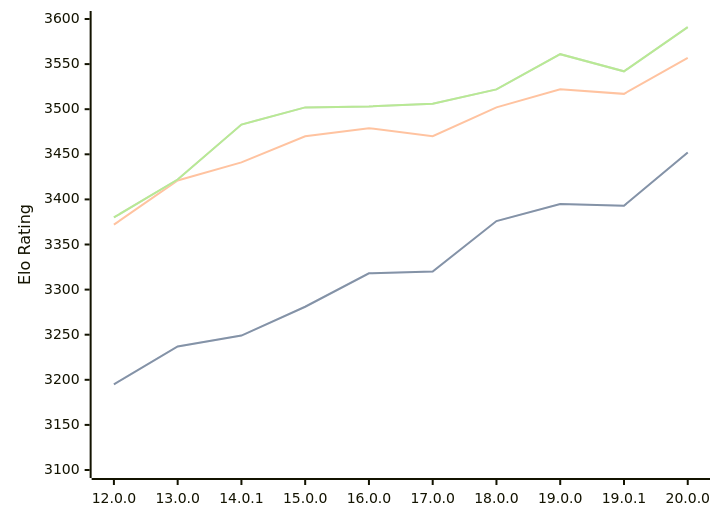
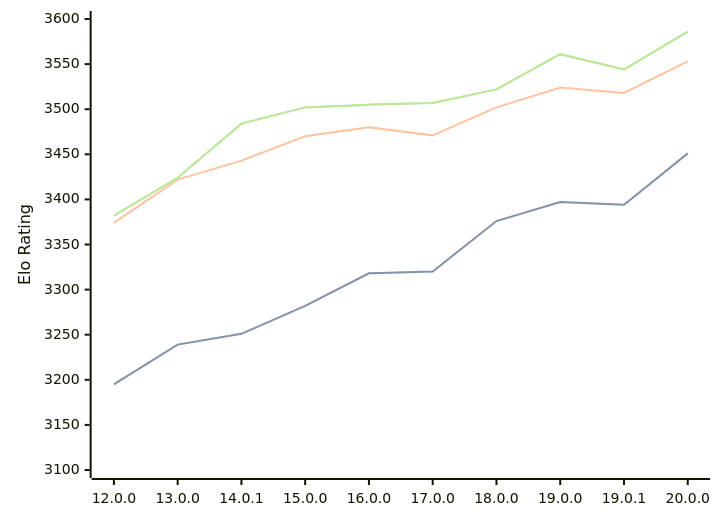
Before and after one commit to computer-chess-index/cci: the third of 3 diagrams in engines/Viridithas.md, drawn with Mermaid. The commit also changed other lines of this file, not shown here.

Commit message:
Update CCI Ratings (ELO VLTC) - 2026-07-12

````diff
--- a/engines/Viridithas.md
+++ b/engines/Viridithas.md
@@ -97,11 +97,11 @@
 ```mermaid
 %%{init: {"theme":"base","themeVariables":{"seriesColors:['#a3a3a3','#222221','#faa371']}}}%%
 xychart-beta
   x-axis ["12.0.0", "13.0.0", "14.0.1", "15.0.0", "16.0.0", "17.0.0", "18.0.0", "19.0.0", "19.0.1", "20.0.0"]
   y-axis "Elo Rating" 3100 --> 3600
-  line "STC (8.0+0.08s)" [3195, 3237, 3249, 3281, 3318, 3320, 3376, 3395, 3393, 3452]
-  line "STC (8.0+0.08s)" [3195, 3237, 3249, 3281, 3318, 3320, 3376, 3395, 3393, 3452]
-  line "LTC (60.0+0.60s)" [3372, 3421, 3441, 3470, 3479, 3470, 3502, 3522, 3517, 3557]
-  line "VLTC (2m24s+1.12s)" [3380, 3422, 3483, 3502, 3503, 3506, 3522, 3561, 3542, 3591]
-  line "VLTC (2m24s+1.12s)" [3380, 3422, 3483, 3502, 3503, 3506, 3522, 3561, 3542, 3591]
+  line "STC (8.0+0.08s)" [3195, 3239, 3251, 3282, 3318, 3320, 3376, 3397, 3394, 3451]
+  line "STC (8.0+0.08s)" [3195, 3239, 3251, 3282, 3318, 3320, 3376, 3397, 3394, 3451]
+  line "LTC (60.0+0.60s)" [3374, 3422, 3443, 3470, 3480, 3471, 3502, 3524, 3518, 3553]
+  line "VLTC (2m24s+1.12s)" [3382, 3424, 3484, 3502, 3505, 3507, 3522, 3561, 3544, 3586]
+  line "VLTC (2m24s+1.12s)" [3382, 3424, 3484, 3502, 3505, 3507, 3522, 3561, 3544, 3586]
 ```
````
